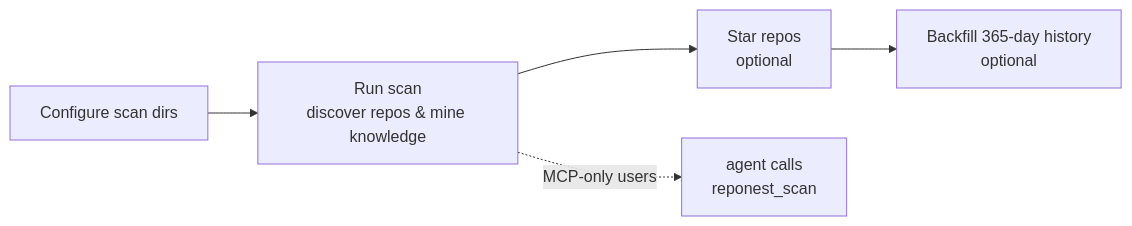
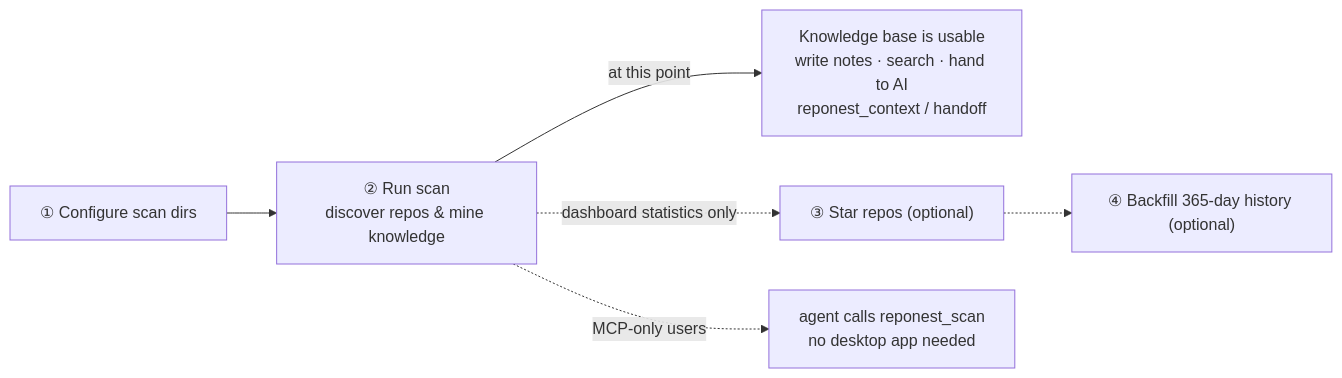
The diagram in docs/en/getting-started.md (sky-jiangcheng/RepoNest), drawn with Mermaid before and after one commit. The commit also changed other lines of this file and 35 other files, not shown here.

First line of the commit message:
docs: 图文搭配体系化（8→16 张图）+ 修复 mermaid flowchart 被压成线

````diff
--- a/docs/en/getting-started.md
+++ b/docs/en/getting-started.md
@@ -36,11 +36,8 @@
 ```mermaid
 flowchart LR
-    A[Configure scan dirs] --> B[Run scan
-discover repos & mine knowledge]
-    B --> C[Star repos
-optional]
-    C --> D[Backfill 365-day history
-optional]
-    B -. MCP-only users .-> E[agent calls
-reponest_scan]
+    A["① Configure scan dirs"] --> B["② Run scan<br/>discover repos & mine knowledge"]
+    B -->|at this point| DONE["Knowledge base is usable<br/>write notes · search · hand to AI<br/>reponest_context / handoff"]
+    B -. dashboard statistics only .-> C["③ Star repos (optional)"]
+    C -.-> D["④ Backfill 365-day history (optional)"]
+    B -. MCP-only users .-> E["agent calls reponest_scan<br/>no desktop app needed"]
 ```
````
